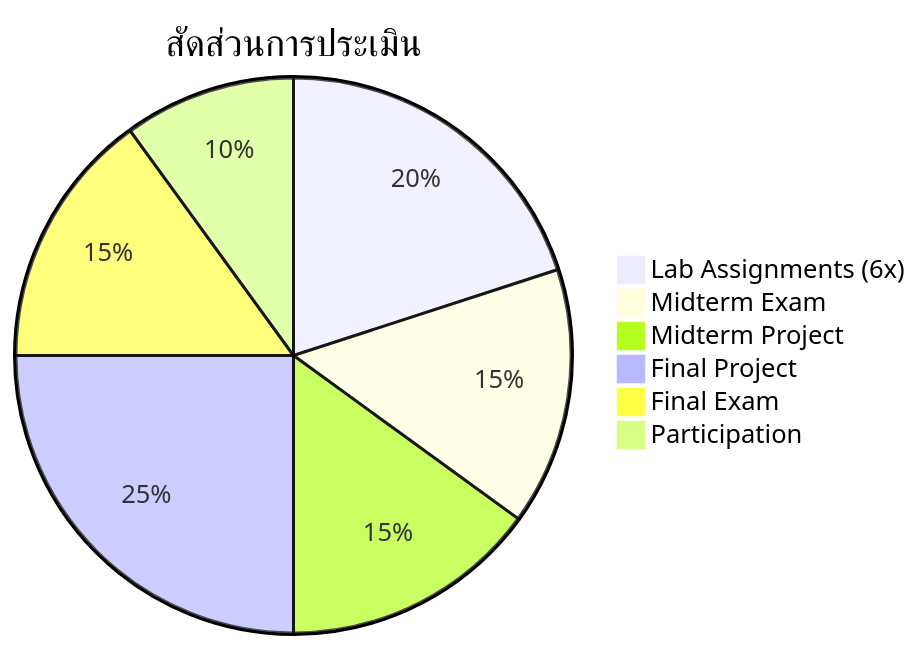
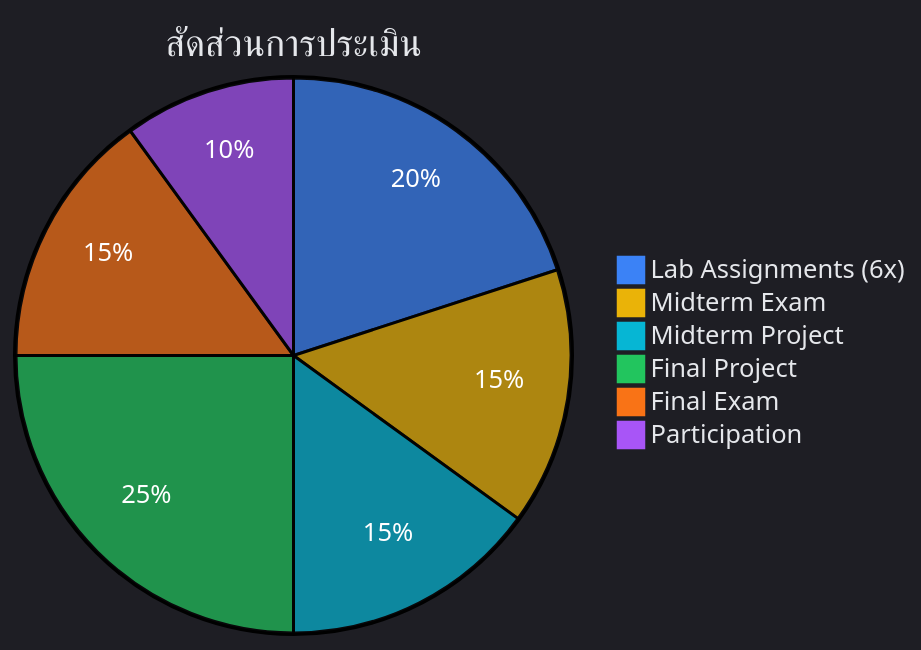
The diagram in teaching-plans/020527115_selected_topics.md (nutthakorn7/kmutnb-fte-portfolio), drawn with Mermaid before and after one commit. The commit also changed 5 other files, not shown here.

Commit message:
Unify dark theme: bright Mermaid colors across all pages (README, research plan, 4 teaching plans)

````diff
--- a/teaching-plans/020527115_selected_topics.md
+++ b/teaching-plans/020527115_selected_topics.md
@@ -67,9 +67,10 @@
 ```mermaid
+%%{init: {'theme': 'dark', 'themeVariables': {'pie1': '#3b82f6', 'pie2': '#eab308', 'pie3': '#06b6d4', 'pie4': '#22c55e', 'pie5': '#f97316', 'pie6': '#a855f7', 'pieTitleTextColor': '#e5e7eb', 'pieSectionTextColor': '#fff', 'pieLegendTextColor': '#e5e7eb'}}}%%
 pie title สัดส่วนการประเมิน
     "Lab Assignments (6x)" : 20
     "Midterm Exam" : 15
     "Midterm Project" : 15
     "Final Project" : 25
     "Final Exam" : 15
     "Participation" : 10
 ```
````
